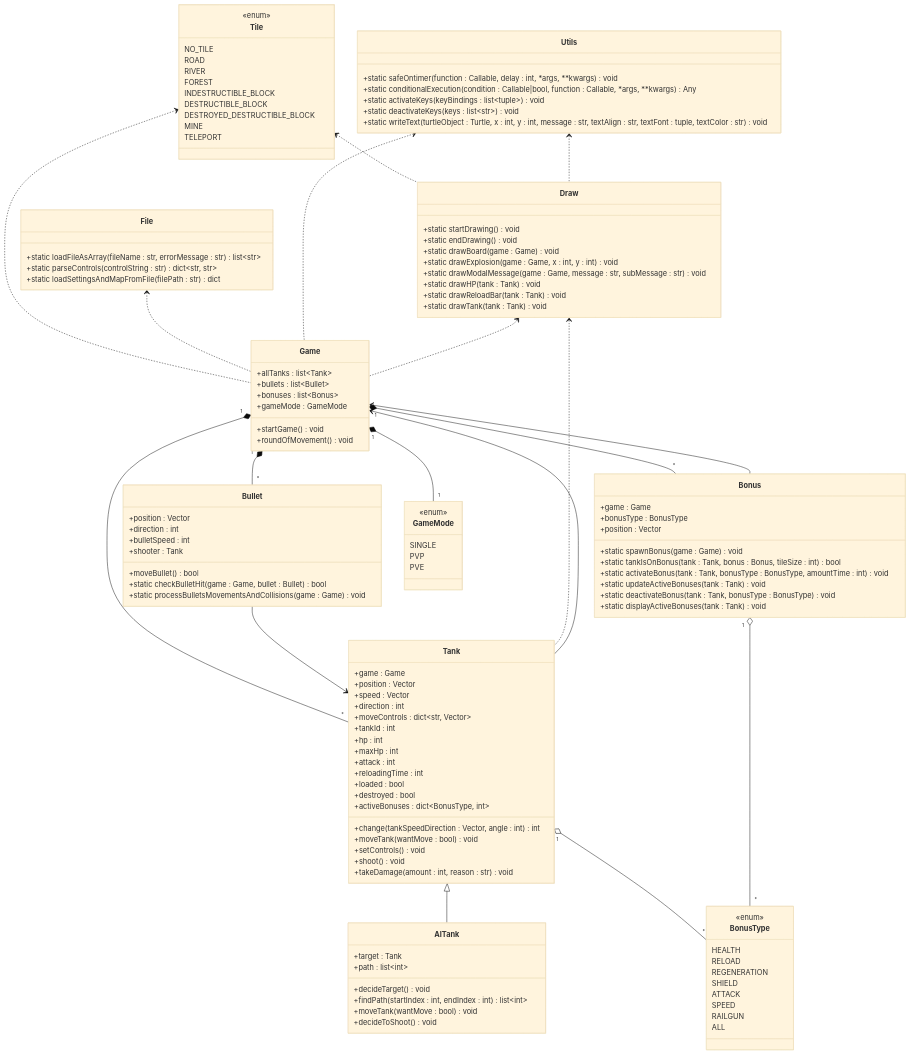
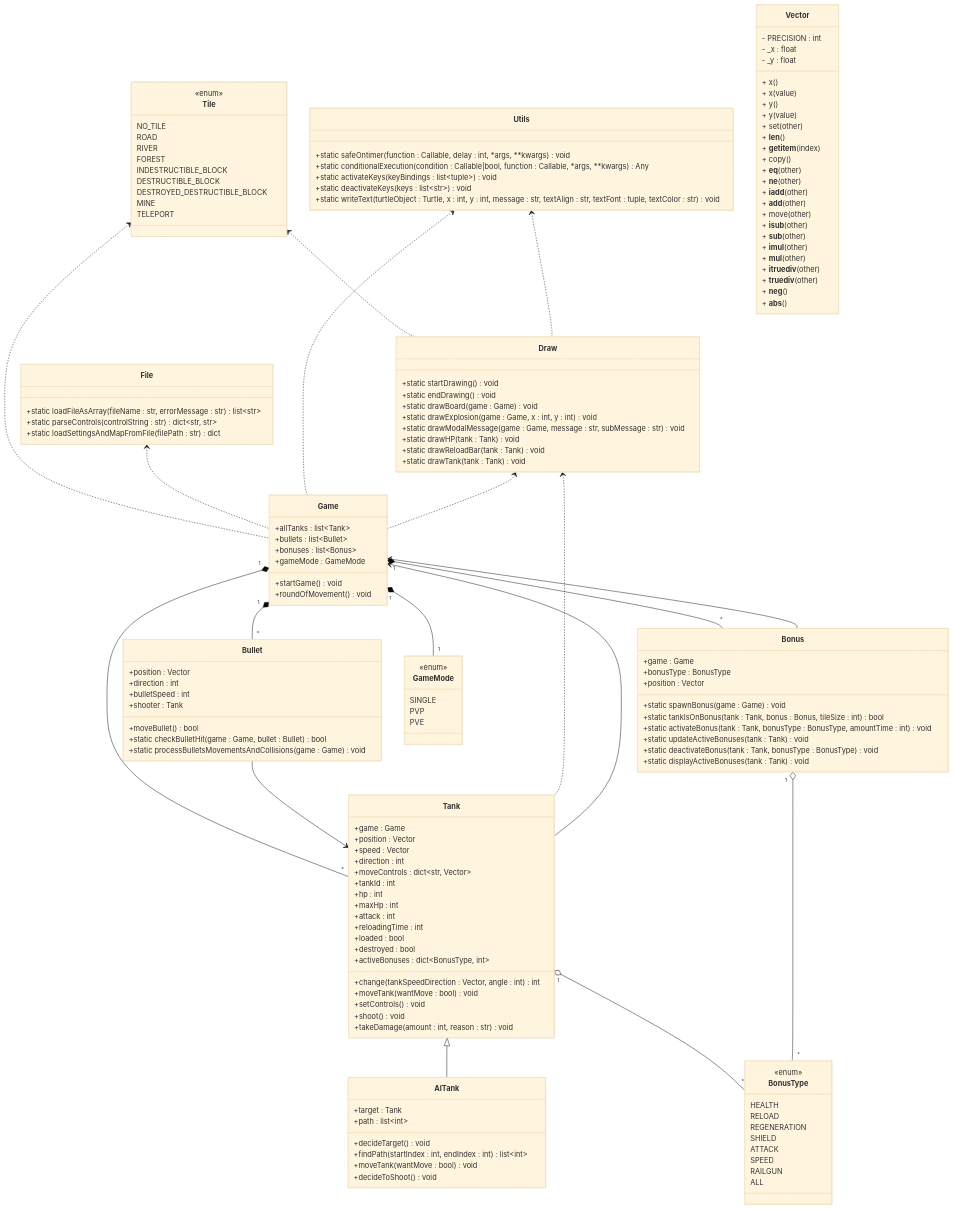
Before and after one commit to rzymski/TanksBattleGame: the second of 3 diagrams in README.en.md, drawn with Mermaid (base theme). The commit also changed other lines of this file and 1 other file, not shown here.

```diff
--- a/README.en.md
+++ b/README.en.md
@@ -364,6 +383,33 @@
         TELEPORT
     }
 
+    class Vector {
+        - PRECISION : int
+        - _x : float
+        - _y : float
+        + x()
+        + x(value)
+        + y()
+        + y(value)
+        + set(other)
+        + __len__()
+        + __getitem__(index)
+        + copy()
+        + __eq__(other)
+        + __ne__(other)
+        + __iadd__(other)
+        + __add__(other)
+        + move(other)
+        + __isub__(other)
+        + __sub__(other)
+        + __imul__(other)
+        + __mul__(other)
+        + __itruediv__(other)
+        + __truediv__(other)
+        + __neg__()
+        + __abs__()
+    }
+
     %% Relationships
 	Game "1" *-- "*" Tank
     Game "1" *-- "*" Bullet
```
